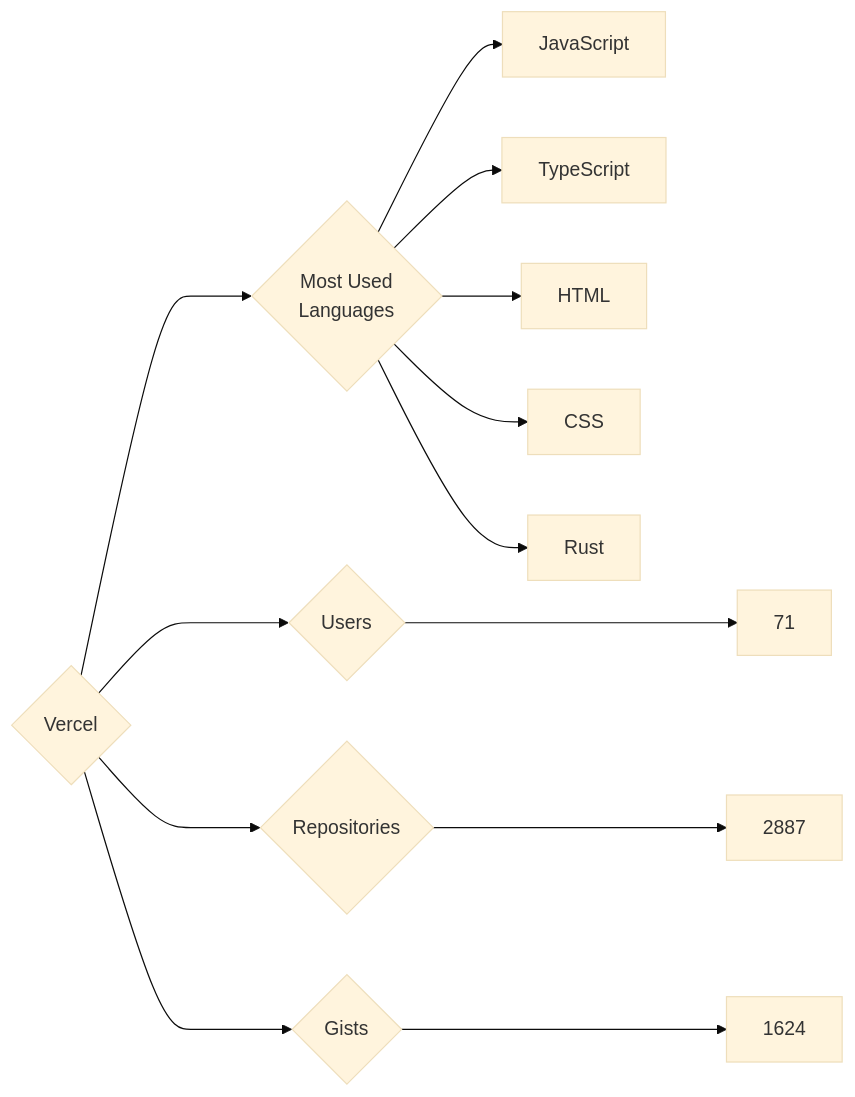
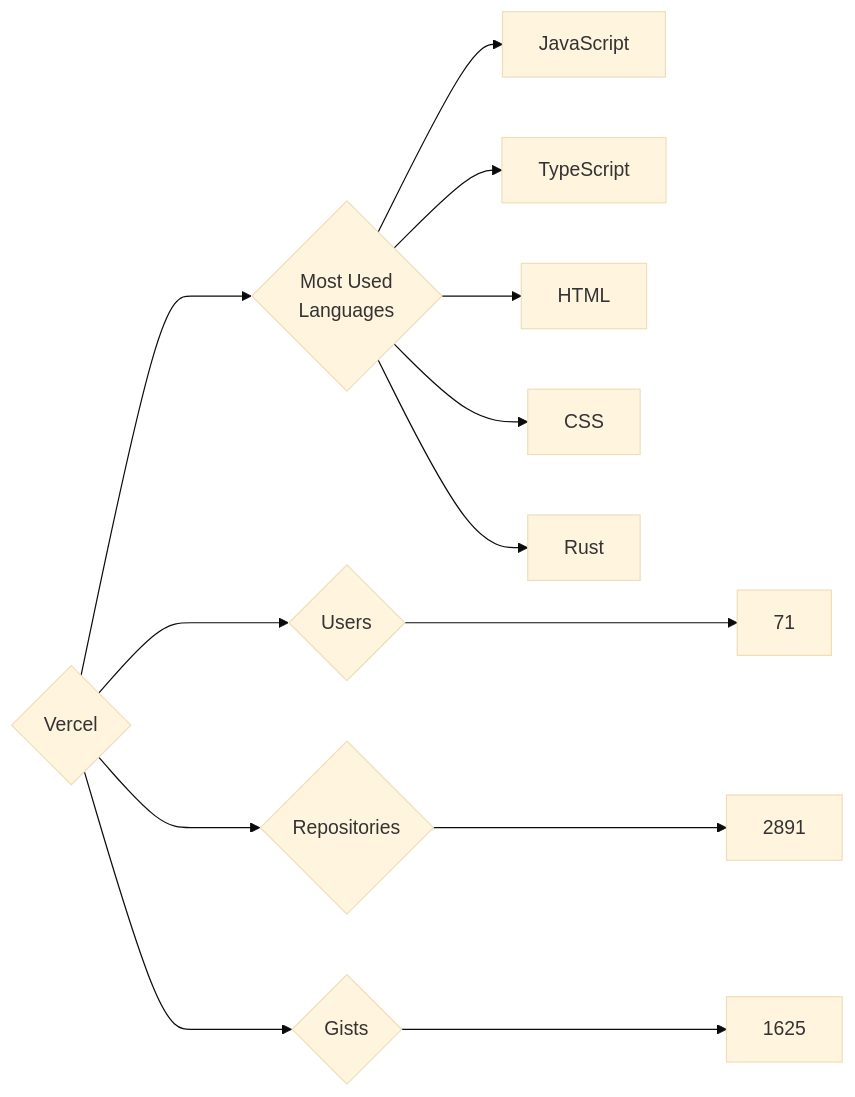
One commit to trickest/insiders changed the diagram in targets/Vercel/README.md. Above: the diagram before and after it, drawn with Mermaid (base theme). The commit also changed 773 other files, not shown here.

````diff
--- a/targets/Vercel/README.md
+++ b/targets/Vercel/README.md
@@ -3,13 +3,13 @@
 ```mermaid
 graph LR
 COMPANY_NAME{Vercel}
 COMPANY_NAME ---> U{Users} ---> UN[71]
-COMPANY_NAME ---> R{Repositories} ---> RN[2887]
-COMPANY_NAME ---> G{Gists} ---> GN[1624]
+COMPANY_NAME ---> R{Repositories} ---> RN[2891]
+COMPANY_NAME ---> G{Gists} ---> GN[1625]
 COMPANY_NAME ---> ML{Most Used<br>Languages}
 ML --> JavaScript[JavaScript]
 ML --> TypeScript[TypeScript]
 ML --> HTML[HTML]
 ML --> CSS[CSS]
 ML --> Rust[Rust]
 ```
````
